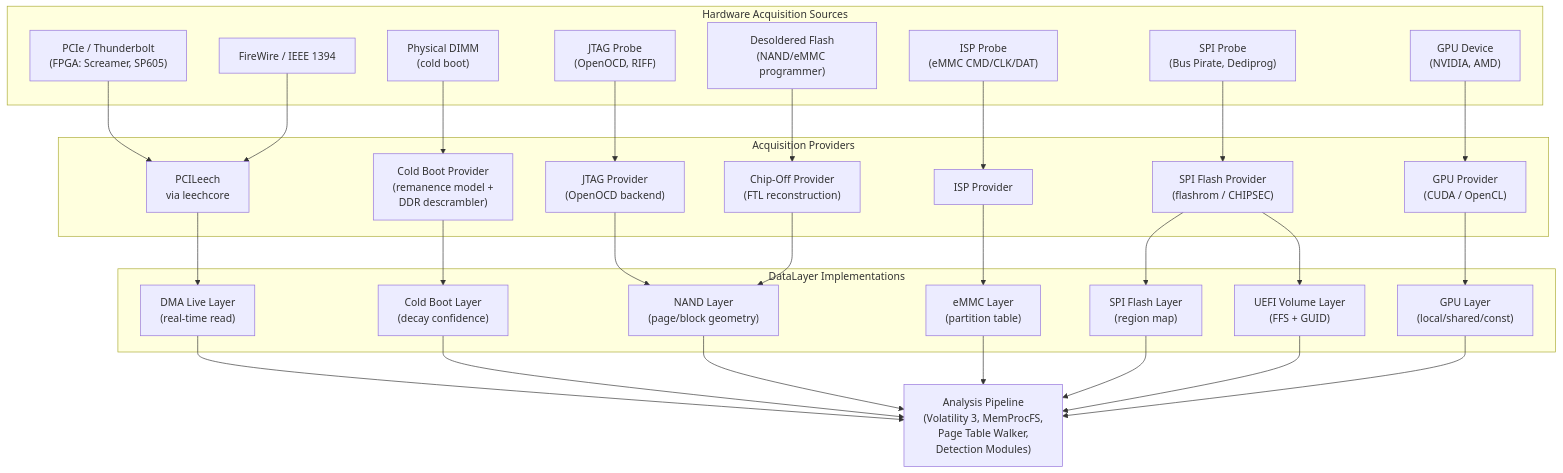
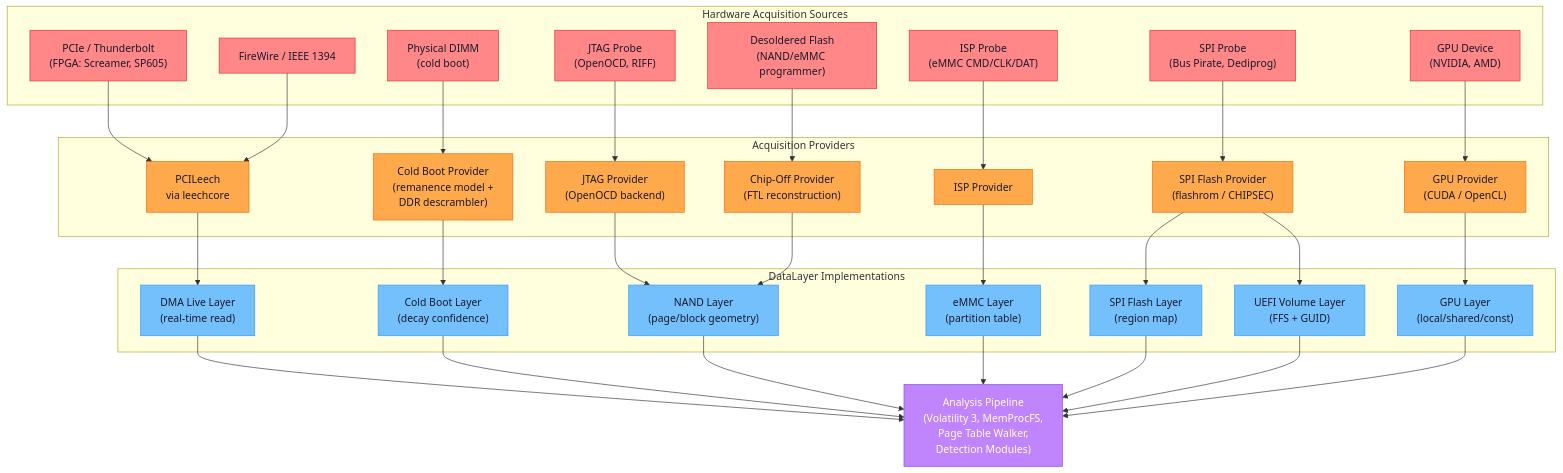
The fourth of 16 diagrams in README.md (sonoransun/deepview), drawn with Mermaid before and after one commit. The commit also changed other lines of this file and 47 other files, not shown here.

````diff
--- a/README.md
+++ b/README.md
@@ -290,53 +347,58 @@
 ```mermaid
 flowchart TD
     subgraph HardwareSources["Hardware Acquisition Sources"]
-        PCIE["PCIe / Thunderbolt<br/>(FPGA: Screamer, SP605)"]
-        FW1394["FireWire / IEEE 1394"]
-        DIMM["Physical DIMM<br/>(cold boot)"]
-        JTAGP["JTAG Probe<br/>(OpenOCD, RIFF)"]
-        ISPPR["ISP Probe<br/>(eMMC CMD/CLK/DAT)"]
-        CHIPOFF["Desoldered Flash<br/>(NAND/eMMC programmer)"]
-        SPIHW["SPI Probe<br/>(Bus Pirate, Dediprog)"]
-        GPUDEV["GPU Device<br/>(NVIDIA, AMD)"]
+        PCIE["PCIe / Thunderbolt<br/>(FPGA: Screamer, SP605)"]:::hardware
+        FW1394["FireWire / IEEE 1394"]:::hardware
+        DIMM["Physical DIMM<br/>(cold boot)"]:::hardware
+        JTAGP["JTAG Probe<br/>(OpenOCD, RIFF)"]:::hardware
+        ISPPR["ISP Probe<br/>(eMMC CMD/CLK/DAT)"]:::hardware
+        CHIPOFF["Desoldered Flash<br/>(NAND/eMMC programmer)"]:::hardware
+        SPIHW["SPI Probe<br/>(Bus Pirate, Dediprog)"]:::hardware
+        GPUDEV["GPU Device<br/>(NVIDIA, AMD)"]:::hardware
     end
 
     subgraph Providers["Acquisition Providers"]
-        PCIL["PCILeech<br/>via leechcore"]
-        CBPROV["Cold Boot Provider<br/>(remanence model +<br/>DDR descrambler)"]
-        JTAGPROV["JTAG Provider<br/>(OpenOCD backend)"]
-        COPROV["Chip-Off Provider<br/>(FTL reconstruction)"]
-        ISPPROV["ISP Provider"]
-        SPIPROV["SPI Flash Provider<br/>(flashrom / CHIPSEC)"]
-        GPUPROV["GPU Provider<br/>(CUDA / OpenCL)"]
+        PCIL["PCILeech<br/>via leechcore"]:::source
+        CBPROV["Cold Boot Provider<br/>(remanence model +<br/>DDR descrambler)"]:::source
+        JTAGPROV["JTAG Provider<br/>(OpenOCD backend)"]:::source
+        COPROV["Chip-Off Provider<br/>(FTL reconstruction)"]:::source
+        ISPPROV["ISP Provider"]:::source
+        SPIPROV["SPI Flash Provider<br/>(flashrom / CHIPSEC)"]:::source
+        GPUPROV["GPU Provider<br/>(CUDA / OpenCL)"]:::source
     end
 
     subgraph Layers["DataLayer Implementations"]
-        DMA_LAYER["DMA Live Layer<br/>(real-time read)"]
-        CB_LAYER["Cold Boot Layer<br/>(decay confidence)"]
-        NAND_LAYER["NAND Layer<br/>(page/block geometry)"]
-        EMMC_LAYER["eMMC Layer<br/>(partition table)"]
-        SPI_LAYER["SPI Flash Layer<br/>(region map)"]
-        UEFI_LAYER["UEFI Volume Layer<br/>(FFS + GUID)"]
-        GPU_LAYER["GPU Layer<br/>(local/shared/const)"]
+        DMA_LAYER["DMA Live Layer<br/>(real-time read)"]:::analysis
+        CB_LAYER["Cold Boot Layer<br/>(decay confidence)"]:::analysis
+        NAND_LAYER["NAND Layer<br/>(page/block geometry)"]:::analysis
+        EMMC_LAYER["eMMC Layer<br/>(partition table)"]:::analysis
+        SPI_LAYER["SPI Flash Layer<br/>(region map)"]:::analysis
+        UEFI_LAYER["UEFI Volume Layer<br/>(FFS + GUID)"]:::analysis
+        GPU_LAYER["GPU Layer<br/>(local/shared/const)"]:::analysis
     end
 
-    ANALYSIS["Analysis Pipeline<br/>(Volatility 3, MemProcFS,<br/>Page Table Walker,<br/>Detection Modules)"]
+    ANALYSIS["Analysis Pipeline<br/>(Volatility 3, MemProcFS,<br/>Page Table Walker,<br/>Detection Modules)"]:::detect
 
     PCIE --> PCIL --> DMA_LAYER
     FW1394 --> PCIL
     DIMM --> CBPROV --> CB_LAYER
     JTAGP --> JTAGPROV --> NAND_LAYER
     ISPPR --> ISPPROV --> EMMC_LAYER
     CHIPOFF --> COPROV --> NAND_LAYER
     SPIHW --> SPIPROV --> SPI_LAYER
     SPIPROV --> UEFI_LAYER
     GPUDEV --> GPUPROV --> GPU_LAYER
 
     DMA_LAYER --> ANALYSIS
     CB_LAYER --> ANALYSIS
     NAND_LAYER --> ANALYSIS
     EMMC_LAYER --> ANALYSIS
     SPI_LAYER --> ANALYSIS
     UEFI_LAYER --> ANALYSIS
     GPU_LAYER --> ANALYSIS
+
+    classDef hardware fill:#ff8787,stroke:#e03131,color:#1a1a2e
+    classDef source fill:#ffa94d,stroke:#f76707,color:#1a1a2e
+    classDef analysis fill:#74c0fc,stroke:#339af0,color:#1a1a2e
+    classDef detect fill:#c084fc,stroke:#7950f2,color:#fff
 ```
````
